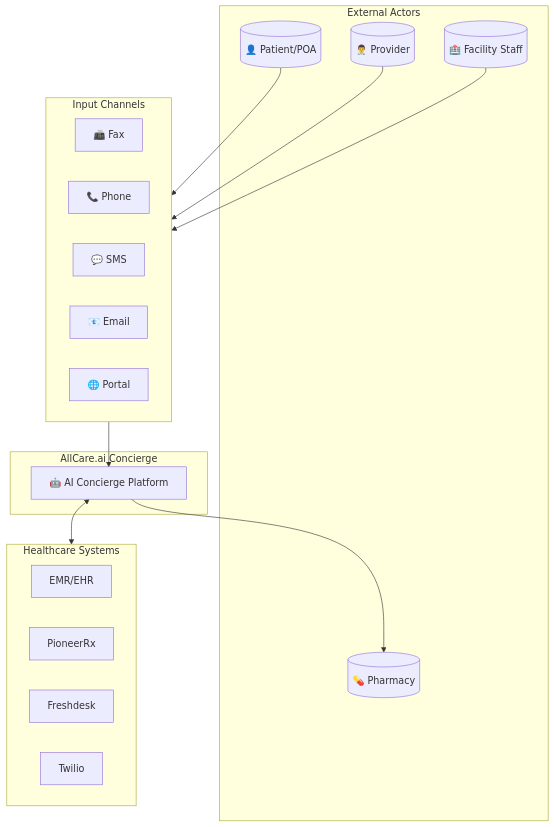
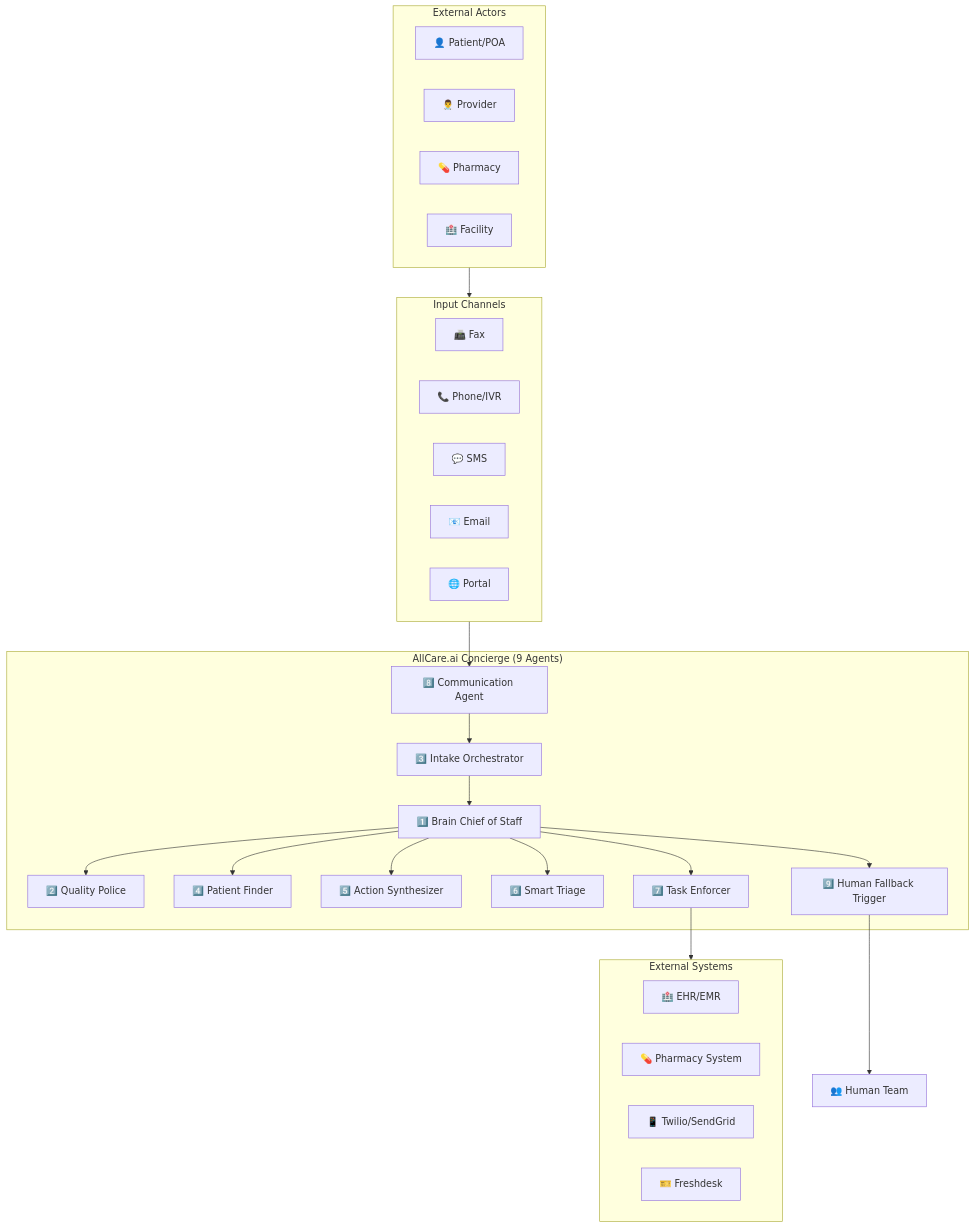
Before and after one commit to mohabnazmy/test: the first of 16 diagrams in test.md, drawn with Mermaid. The commit also changed other lines of this file, not shown here.

````diff
--- a/test.md
+++ b/test.md
@@ -135,35 +49,49 @@
 ```mermaid
 flowchart TB
     subgraph External["External Actors"]
-        Patient[("👤 Patient/POA")]
-        Provider[("👨‍⚕️ Provider")]
-        Facility[("🏥 Facility Staff")]
-        Pharmacy[("💊 Pharmacy")]
+        Patient["👤 Patient/POA"]
+        Provider["👨‍⚕️ Provider"]
+        Pharmacy["💊 Pharmacy"]
+        Facility["🏥 Facility"]
     end
-
+    
     subgraph Channels["Input Channels"]
         Fax["📠 Fax"]
-        Phone["📞 Phone"]
+        Phone["📞 Phone/IVR"]
         SMS["💬 SMS"]
         Email["📧 Email"]
         Portal["🌐 Portal"]
     end
-
-    subgraph Concierge["AllCare.ai Concierge"]
-        Core["🤖 AI Concierge Platform"]
+    
+    subgraph Concierge["AllCare.ai Concierge (9 Agents)"]
+        CommAgent["8️⃣ Communication Agent"]
+        Intake["3️⃣ Intake Orchestrator"]
+        Brain["1️⃣ Brain Chief of Staff"]
+        QualityPolice["2️⃣ Quality Police"]
+        PatientFinder["4️⃣ Patient Finder"]
+        ActionSynth["5️⃣ Action Synthesizer"]
+        SmartTriage["6️⃣ Smart Triage"]
+        TaskEnforcer["7️⃣ Task Enforcer"]
+        HumanFallback["9️⃣ Human Fallback Trigger"]
     end
-
-    subgraph Systems["Healthcare Systems"]
-        EHR["EMR/EHR"]
-        PioneerRx["PioneerRx"]
-        Freshdesk["Freshdesk"]
-        Twilio["Twilio"]
+    
+    subgraph Systems["External Systems"]
+        EHR["🏥 EHR/EMR"]
+        PharmSys["💊 Pharmacy System"]
+        Messaging["📱 Twilio/SendGrid"]
+        Ticketing["🎫 Freshdesk"]
     end
-
-    Patient --> Channels
-    Provider --> Channels
-    Facility --> Channels
-    Channels --> Core
-    Core <--> Systems
-    Core --> Pharmacy
+    
+    External --> Channels
+    Channels --> CommAgent
+    CommAgent --> Intake
+    Intake --> Brain
+    Brain --> QualityPolice
+    Brain --> PatientFinder
+    Brain --> ActionSynth
+    Brain --> SmartTriage
+    Brain --> TaskEnforcer
+    Brain --> HumanFallback
+    HumanFallback --> HumanTeam["👥 Human Team"]
+    TaskEnforcer --> Systems
 ```
````
